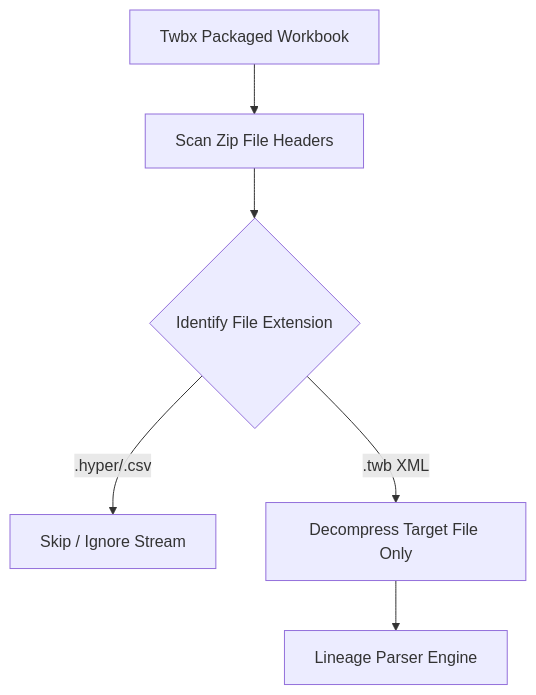
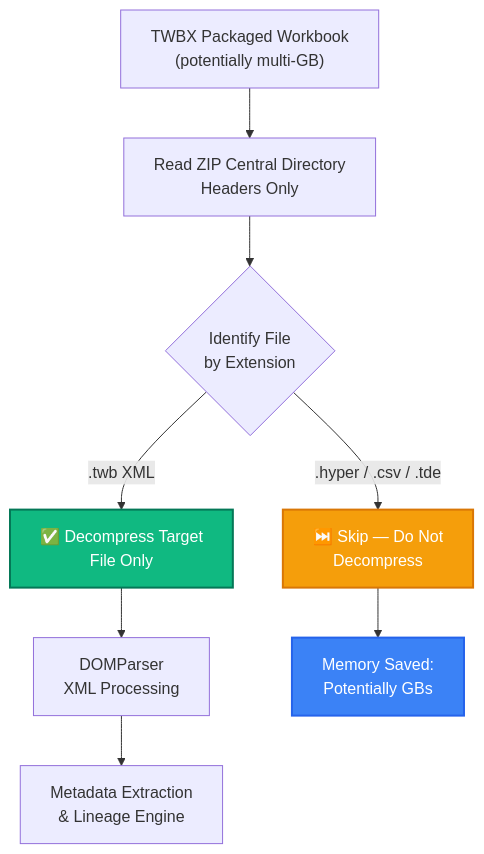
One commit to vyankur/vyankur.github.io changed the fourth of 5 diagrams in content/insights/workbook-sentinel.md. Above: the diagram before and after it, drawn with Mermaid. The commit also changed other lines of this file and 2 other files, not shown here.

````diff
--- a/content/insights/workbook-sentinel.md
+++ b/content/insights/workbook-sentinel.md
@@ -113,8 +220,13 @@
 ```mermaid
 graph TD
-    A[Twbx Packaged Workbook] --> B[Scan Zip File Headers]
-    B --> C{Identify File Extension}
-    C -- .hyper/.csv --> D[Skip / Ignore Stream]
-    C -- .twb XML --> E[Decompress Target File Only]
-    E --> F[Lineage Parser Engine]
+    A["TWBX Packaged Workbook<br/>(potentially multi-GB)"] --> B["Read ZIP Central Directory<br/>Headers Only"]
+    B --> C{"Identify File<br/>by Extension"}
+    C -- ".hyper / .csv / .tde" --> D["⏭️ Skip — Do Not<br/>Decompress"]
+    C -- ".twb XML" --> E["✅ Decompress Target<br/>File Only"]
+    E --> F["DOMParser<br/>XML Processing"]
+    F --> G["Metadata Extraction<br/>& Lineage Engine"]
+    D --> H["Memory Saved:<br/>Potentially GBs"]
+    style D fill:#F59E0B,stroke:#D97706,stroke-width:2px,color:#fff
+    style E fill:#10B981,stroke:#047857,stroke-width:2px,color:#fff
+    style H fill:#3B82F6,stroke:#2563EB,stroke-width:2px,color:#fff
 ```
````
